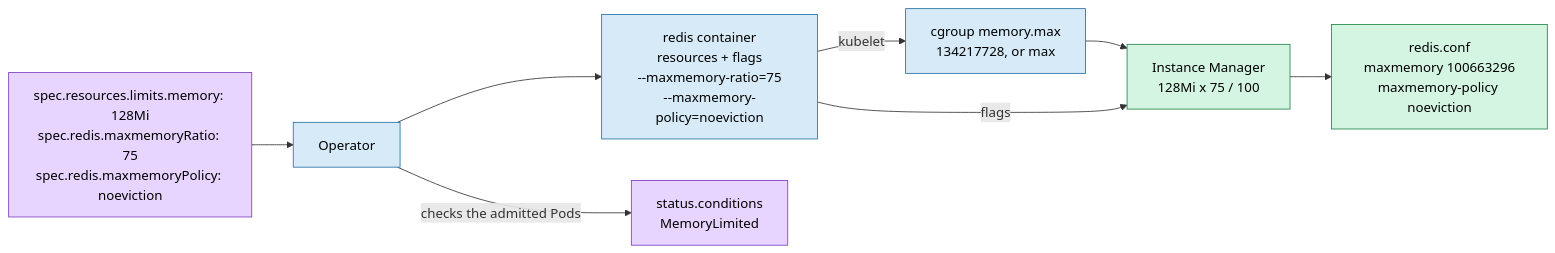
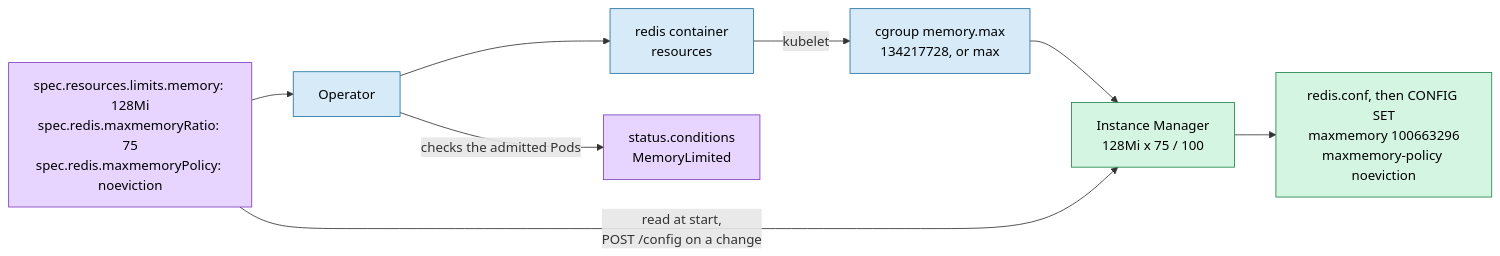
Before and after one commit to MrPickle311/redis-operator: the third of 7 diagrams in docs/architecture.md, drawn with Mermaid. The commit also changed other lines of this file and 18 other files, not shown here.

First line of the commit message:
Support `spec.redis.startup`, apply `spec.redis` at start, avoid restarts for dynamic updates

````diff
--- a/docs/architecture.md
+++ b/docs/architecture.md
@@ -156,20 +160,20 @@
 ```mermaid
 flowchart LR
     classDef cr fill:#e8d5ff,stroke:#7b3fbf,color:#000
     classDef k8s fill:#d6eaf8,stroke:#2471a3,color:#000
     classDef pod fill:#d5f5e3,stroke:#1e8449,color:#000
 
     SPEC["spec.resources.limits.memory: 128Mi<br/>spec.redis.maxmemoryRatio: 75<br/>spec.redis.maxmemoryPolicy: noeviction"]:::cr
     OP["Operator"]:::k8s
-    POD["redis container<br/>resources + flags<br/>--maxmemory-ratio=75<br/>--maxmemory-policy=noeviction"]:::k8s
+    POD["redis container<br/>resources"]:::k8s
     CG["cgroup memory.max<br/>134217728, or max"]:::k8s
     IM["Instance Manager<br/>128Mi x 75 / 100"]:::pod
-    CONF["redis.conf<br/>maxmemory 100663296<br/>maxmemory-policy noeviction"]:::pod
+    CONF["redis.conf, then CONFIG SET<br/>maxmemory 100663296<br/>maxmemory-policy noeviction"]:::pod
     STATUS["status.conditions<br/>MemoryLimited"]:::cr
 
     SPEC --> OP --> POD
     POD -- kubelet --> CG --> IM
-    POD -- flags --> IM
+    SPEC -- "read at start,<br/>POST /config on a change" --> IM
     IM --> CONF
     OP -- checks the admitted Pods --> STATUS
 ```
````
